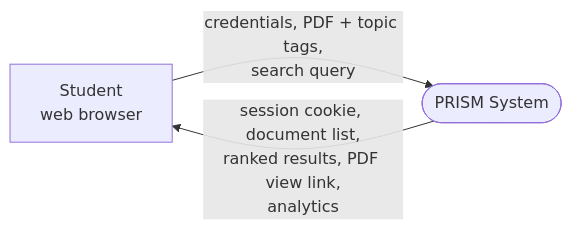
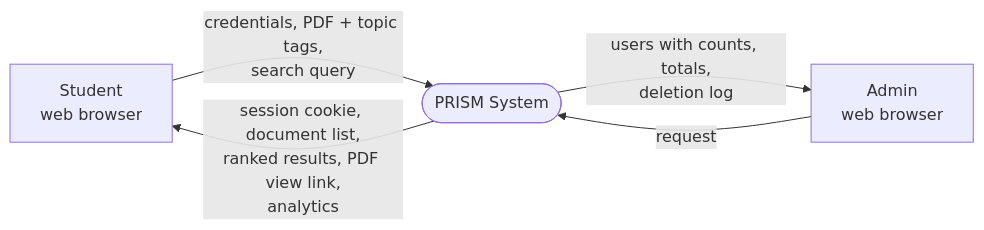
Before and after one commit to TahirSiddique092/prism: the third of 7 diagrams in docs/data/relational-schema.md, drawn with Mermaid. The commit also changed other lines of this file and 30 other files, not shown here.

````diff
--- a/docs/data/relational-schema.md
+++ b/docs/data/relational-schema.md
@@ -379,8 +428,11 @@
 ```mermaid
 flowchart LR
     S[Student<br/>web browser]
+    A[Admin<br/>web browser]
     P([PRISM System])
 
     S -->|"credentials, PDF + topic tags,<br/>search query"| P
     P -->|"session cookie, document list,<br/>ranked results, PDF view link,<br/>analytics"| S
+    A -->|request| P
+    P -->|"users with counts, totals,<br/>deletion log"| A
 ```
````
